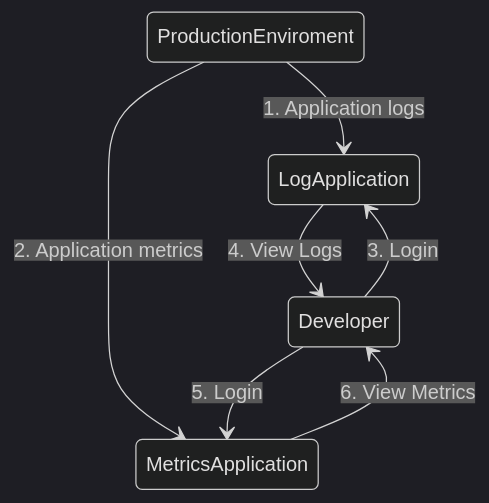
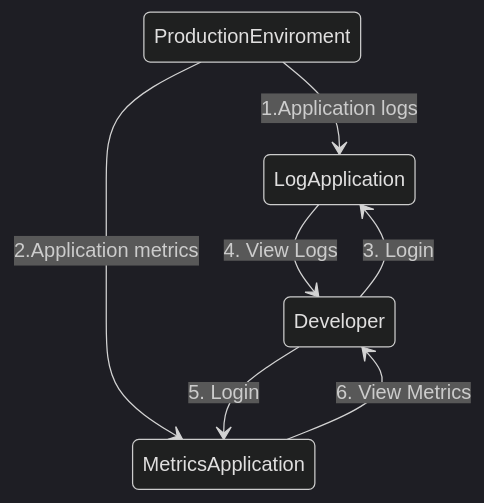
Before and after one commit to secretstartups/handbook: the fifth of 5 diagrams in product/single-application/dataflow.html.md, drawn with Mermaid (dark theme). The commit also changed other lines of this file, not shown here.

Commit message:
Change from stateDiagram to graph

````diff
--- a/product/single-application/dataflow.html.md
+++ b/product/single-application/dataflow.html.md
@@ -128,9 +136,9 @@
 ```mermaid
 stateDiagram
- ProductionEnviroment --> LogApplication:1. Application logs
+ ProductionEnviroment --> LogApplication:1.Application logs
  Developer --> LogApplication:3. Login 
  LogApplication --> Developer:4. View Logs
- ProductionEnviroment --> MetricsApplication:2. Application metrics
+ ProductionEnviroment --> MetricsApplication:2.Application metrics
  Developer --> MetricsApplication:5. Login 
  MetricsApplication --> Developer:6. View Metrics
 ```
````
